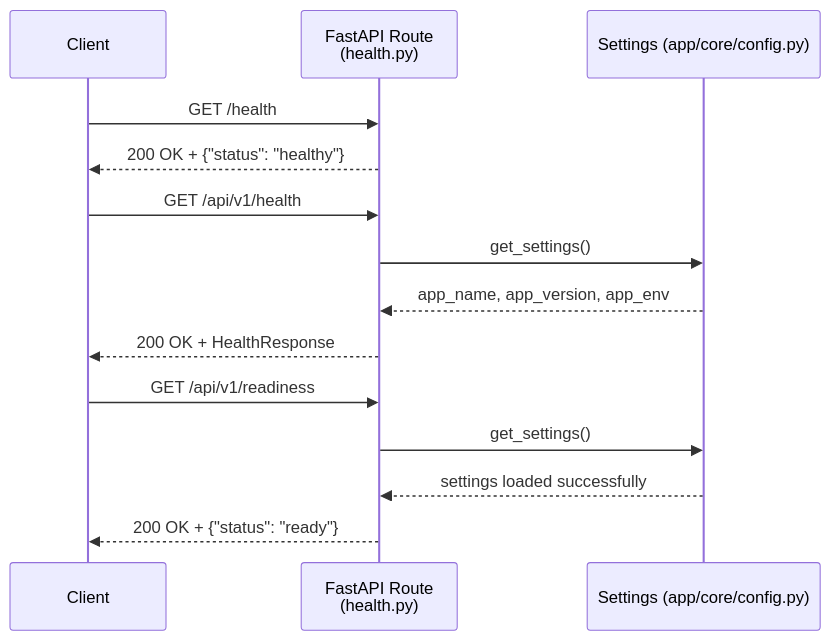
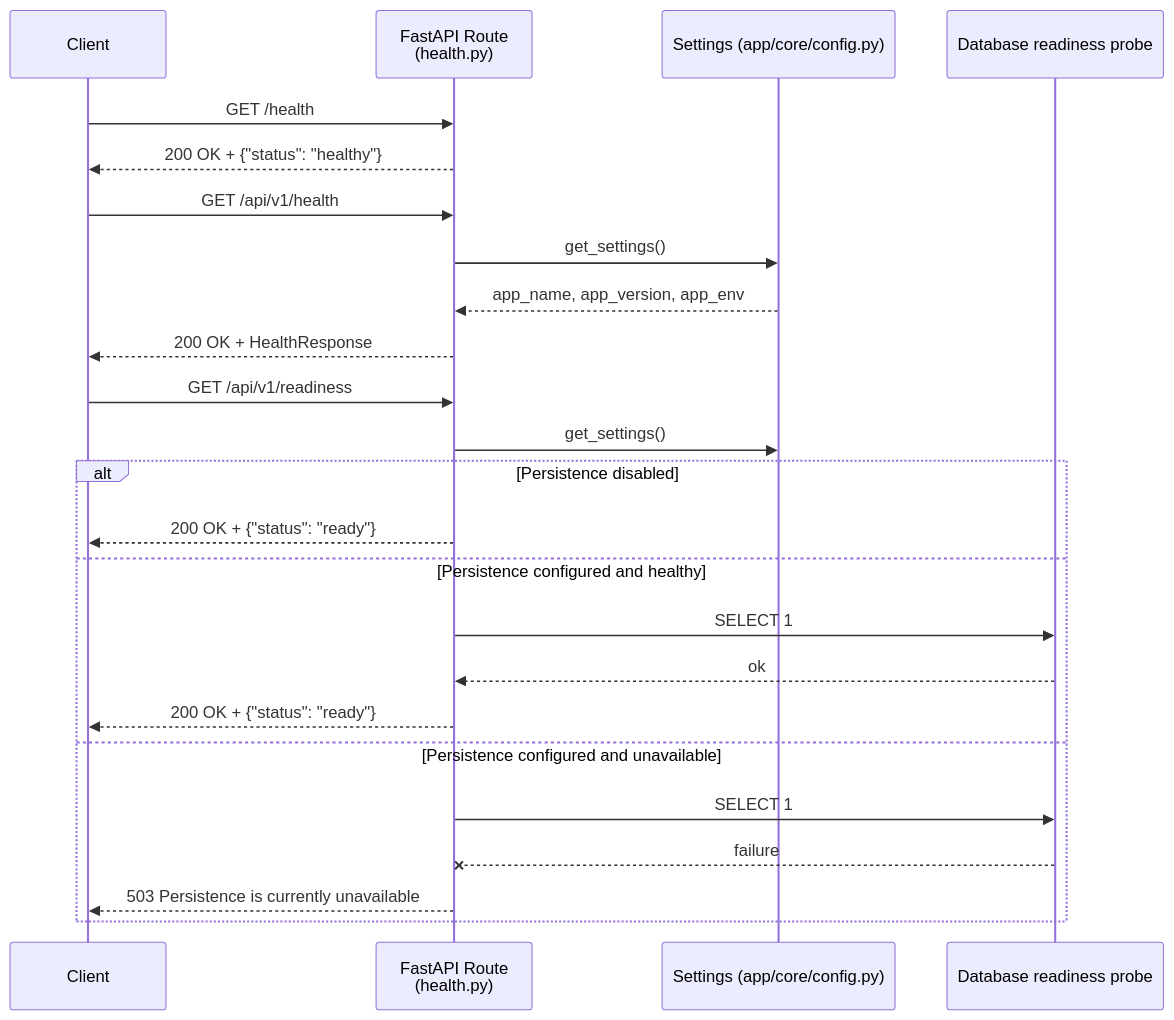
One commit to Susanta2025-lab/enterprise-communication-intelligence changed the sixth of 8 diagrams in docs/architecture/sequence-diagrams.md. Above: the diagram before and after it, drawn with Mermaid. The commit also changed other lines of this file and 34 other files, not shown here.

Commit message:
docs: complete phase 9 persistence architecture

````diff
--- a/docs/architecture/sequence-diagrams.md
+++ b/docs/architecture/sequence-diagrams.md
@@ -69,19 +115,29 @@
 ```mermaid
 sequenceDiagram
     participant Client
     participant Route as FastAPI Route<br/>(health.py)
     participant Settings as Settings (app/core/config.py)
+    participant Probe as Database readiness probe
 
     Client->>Route: GET /health
     Route-->>Client: 200 OK + {"status": "healthy"}
 
     Client->>Route: GET /api/v1/health
     Route->>Settings: get_settings()
     Settings-->>Route: app_name, app_version, app_env
     Route-->>Client: 200 OK + HealthResponse
 
     Client->>Route: GET /api/v1/readiness
     Route->>Settings: get_settings()
-    Settings-->>Route: settings loaded successfully
-    Route-->>Client: 200 OK + {"status": "ready"}
+    alt Persistence disabled
+        Route-->>Client: 200 OK + {"status": "ready"}
+    else Persistence configured and healthy
+        Route->>Probe: SELECT 1
+        Probe-->>Route: ok
+        Route-->>Client: 200 OK + {"status": "ready"}
+    else Persistence configured and unavailable
+        Route->>Probe: SELECT 1
+        Probe--xRoute: failure
+        Route-->>Client: 503 Persistence is currently unavailable
+    end
 ```
````
